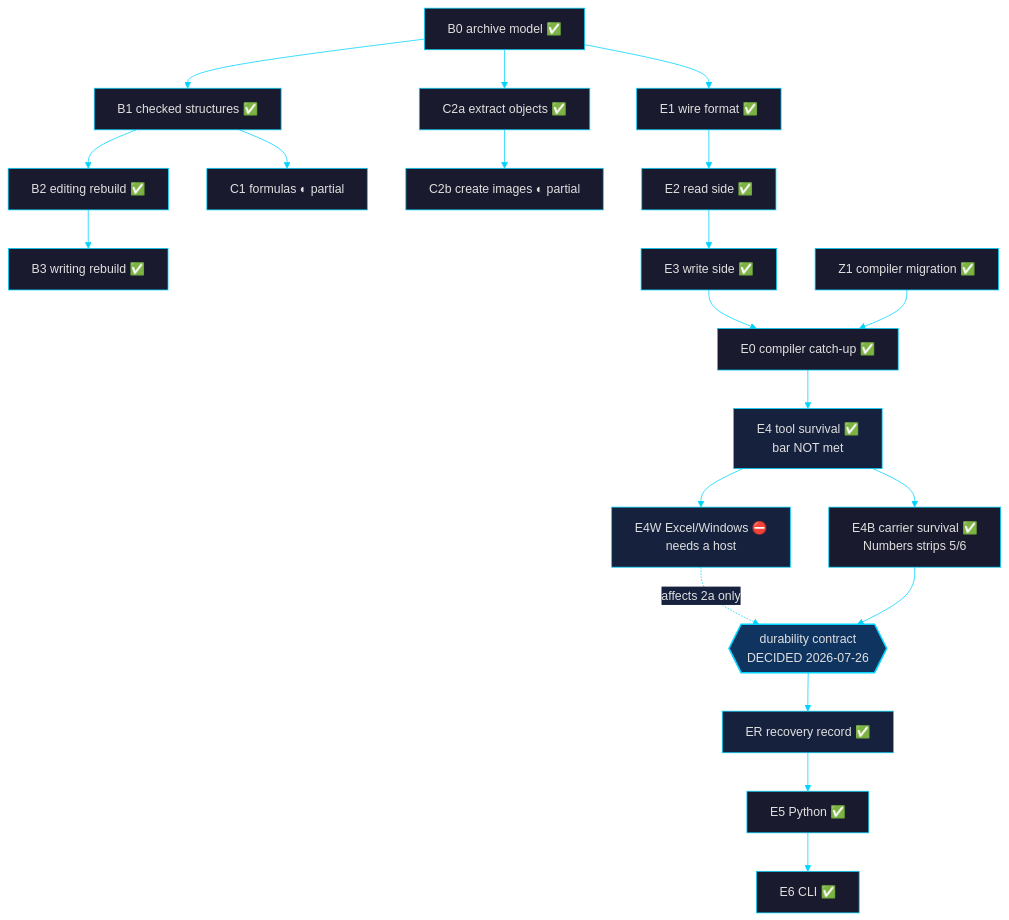
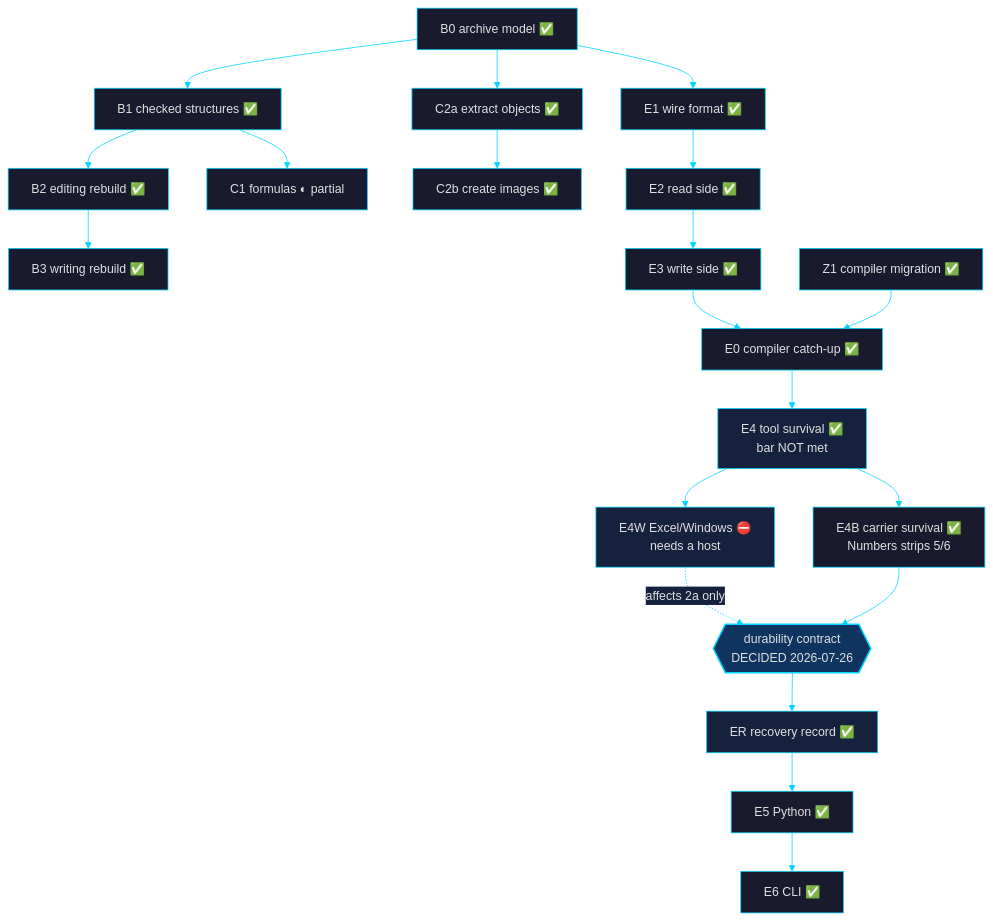
The diagram in goal_plan.md (laurentfabre/zlsx), drawn with Mermaid before and after one commit. The commit also changed other lines of this file, not shown here.

Commit message:
Flip C2b to done: the full create-images surface shipped on this PR
Codex review converged SHIP-READY at round 7 (rounds 1-6 findings
all fixed and regression-tested; suite at 10 414). The row text now
describes the shipped surface: native-size oneCellAnchor, range
anchors, pixel offsets, deliberate extents, multi-image append into
existing drawings in the host's own dialect at the schema slot, and
typed refusal of everything unresolvable.

Claude-Session: https://claude.ai/code/session_017XhQ8kitbbZ6u8AwE1esgR

````diff
--- a/goal_plan.md
+++ b/goal_plan.md
@@ -80,29 +80,29 @@
 ```mermaid
 %%{init: {'theme': 'base', 'themeVariables': {'primaryColor': '#1a1a2e', 'primaryTextColor': '#e0e0e0', 'primaryBorderColor': '#00d4ff', 'lineColor': '#00d4ff', 'secondaryColor': '#16213e', 'tertiaryColor': '#0f3460', 'fontFamily': 'monospace'}}}%%
 graph TD
     B0["B0 archive model ✅"] --> B1["B1 checked structures ✅"]
     B1 --> B2["B2 editing rebuild ✅"]
     B2 --> B3["B3 writing rebuild ✅"]
     B0 --> C2a["C2a extract objects ✅"]
-    C2a --> C2b["C2b create images ◐ partial"]
+    C2a --> C2b["C2b create images ✅"]
     B1 --> C1["C1 formulas ◐ partial"]
 
     B0 --> E1["E1 wire format ✅"]
     E1 --> E2["E2 read side ✅"]
     E2 --> E3["E3 write side ✅"]
     Z1["Z1 compiler migration ✅"] --> E0["E0 compiler catch-up ✅"]
     E3 --> E0
     E0 --> E4["E4 tool survival ✅<br/>bar NOT met"]
     E4 --> E4W["E4W Excel/Windows ⛔<br/>needs a host"]
     E4 --> E4B["E4B carrier survival ✅<br/>Numbers strips 5/6"]
     E4B --> DEC{{"durability contract<br/>DECIDED 2026-07-26"}}
     E4W -.->|"affects 2a only"| DEC
     DEC --> ER["ER recovery record ✅"]
     ER --> E5["E5 Python ✅"]
     E5 --> E6["E6 CLI ✅"]
 
     style DEC fill:#0f3460,stroke:#00d4ff,stroke-width:2px
     style E4 fill:#16213e
     style E4W fill:#16213e
     style ER fill:#16213e
 ```
````
